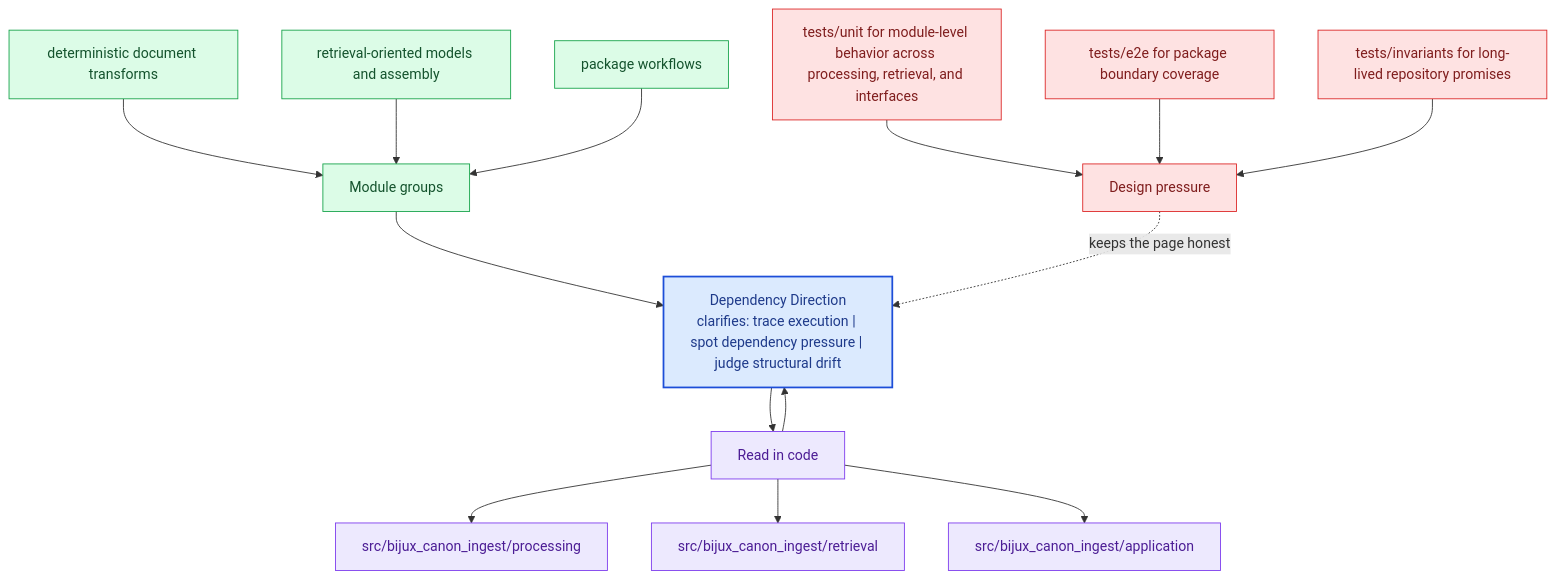
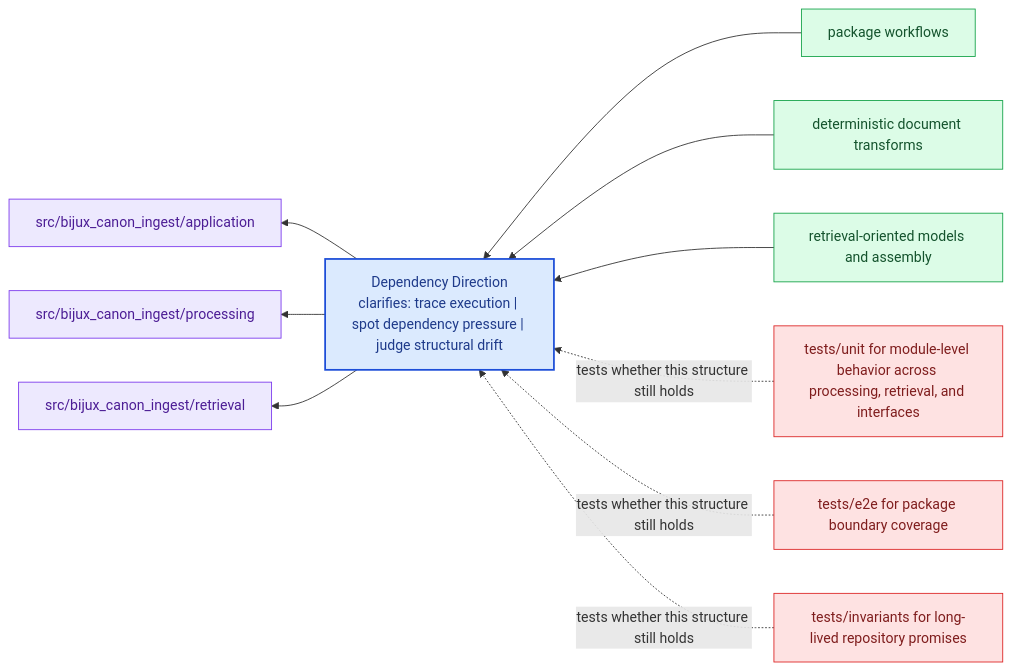
Before and after one commit to bijux/bijux-canon: the diagram in docs/bijux-canon-ingest/architecture/dependency-direction.md, drawn with Mermaid. The commit also changed other lines of this file and 281 other files, not shown here.

Commit message:
docs(diagrams): replace repeated mermaid scaffolds with page-specific summaries

````diff
--- a/docs/bijux-canon-ingest/architecture/dependency-direction.md
+++ b/docs/bijux-canon-ingest/architecture/dependency-direction.md
@@ -68,40 +23,31 @@
 ```mermaid
-flowchart TB
-    promise["Dependency Direction<br/>clarifies: trace execution | spot dependency pressure | judge structural drift"]
-    classDef promise fill:#dbeafe,stroke:#1d4ed8,color:#1e3a8a,stroke-width:2px;
-    classDef driver fill:#dcfce7,stroke:#16a34a,color:#14532d;
-    classDef constraint fill:#fee2e2,stroke:#dc2626,color:#7f1d1d;
-    classDef ground fill:#ede9fe,stroke:#7c3aed,color:#4c1d95;
-    focus1["Module groups"]
-    focus1 --> promise
-    focus1_1["deterministic document transforms"]
-    focus1_1 --> focus1
-    focus1_2["retrieval-oriented models and assembly"]
-    focus1_2 --> focus1
-    focus1_3["package workflows"]
-    focus1_3 --> focus1
-    class focus1 driver;
-    class focus1_1,focus1_2,focus1_3 driver;
-    focus2["Read in code"]
-    focus2 --> promise
-    promise --> focus2
-    focus2_1["src/bijux_canon_ingest/processing"]
-    focus2 --> focus2_1
-    focus2_2["src/bijux_canon_ingest/retrieval"]
-    focus2 --> focus2_2
-    focus2_3["src/bijux_canon_ingest/application"]
-    focus2 --> focus2_3
-    class focus2 ground;
-    class focus2_1,focus2_2,focus2_3 ground;
-    focus3["Design pressure"]
-    focus3 -.keeps the page honest.-> promise
-    focus3_1["tests/unit for module-level behavior across processing, retrieval, and interfaces"]
-    focus3_1 --> focus3
-    focus3_2["tests/e2e for package boundary coverage"]
-    focus3_2 --> focus3
-    focus3_3["tests/invariants for long-lived repository promises"]
-    focus3_3 --> focus3
-    class focus3 constraint;
-    class focus3_1,focus3_2,focus3_3 constraint;
-    class promise promise;
+flowchart RL
+    page["Dependency Direction<br/>clarifies: trace execution | spot dependency pressure | judge structural drift"]
+    classDef page fill:#dbeafe,stroke:#1d4ed8,color:#1e3a8a,stroke-width:2px;
+    classDef positive fill:#dcfce7,stroke:#16a34a,color:#14532d;
+    classDef caution fill:#fee2e2,stroke:#dc2626,color:#7f1d1d;
+    classDef anchor fill:#ede9fe,stroke:#7c3aed,color:#4c1d95;
+    classDef action fill:#fef3c7,stroke:#d97706,color:#7c2d12;
+    module1["package workflows"]
+    module1 --> page
+    module2["deterministic document transforms"]
+    module2 --> page
+    module3["retrieval-oriented models and assembly"]
+    module3 --> page
+    code1["src/bijux_canon_ingest/application"]
+    page --> code1
+    code2["src/bijux_canon_ingest/processing"]
+    page --> code2
+    code3["src/bijux_canon_ingest/retrieval"]
+    page --> code3
+    pressure1["tests/unit for module-level behavior across processing, retrieval, and interfaces"]
+    pressure1 -.tests whether this structure still holds.-> page
+    pressure2["tests/e2e for package boundary coverage"]
+    pressure2 -.tests whether this structure still holds.-> page
+    pressure3["tests/invariants for long-lived repository promises"]
+    pressure3 -.tests whether this structure still holds.-> page
+    class page page;
+    class module1,module2,module3 positive;
+    class code1,code2,code3 anchor;
+    class pressure1,pressure2,pressure3 caution;
 ```
````
